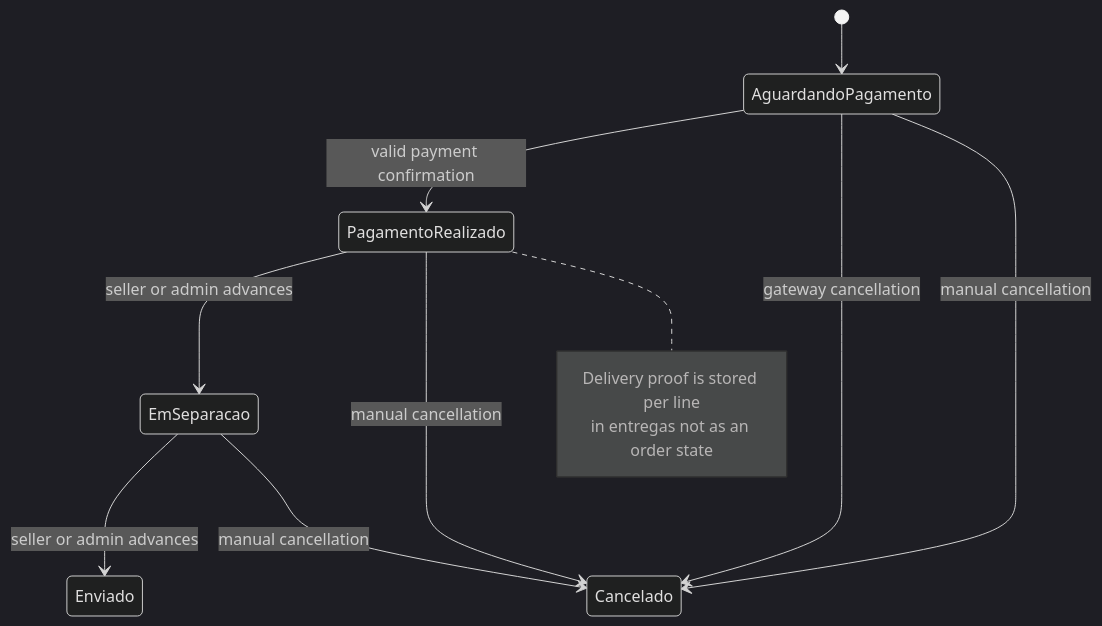
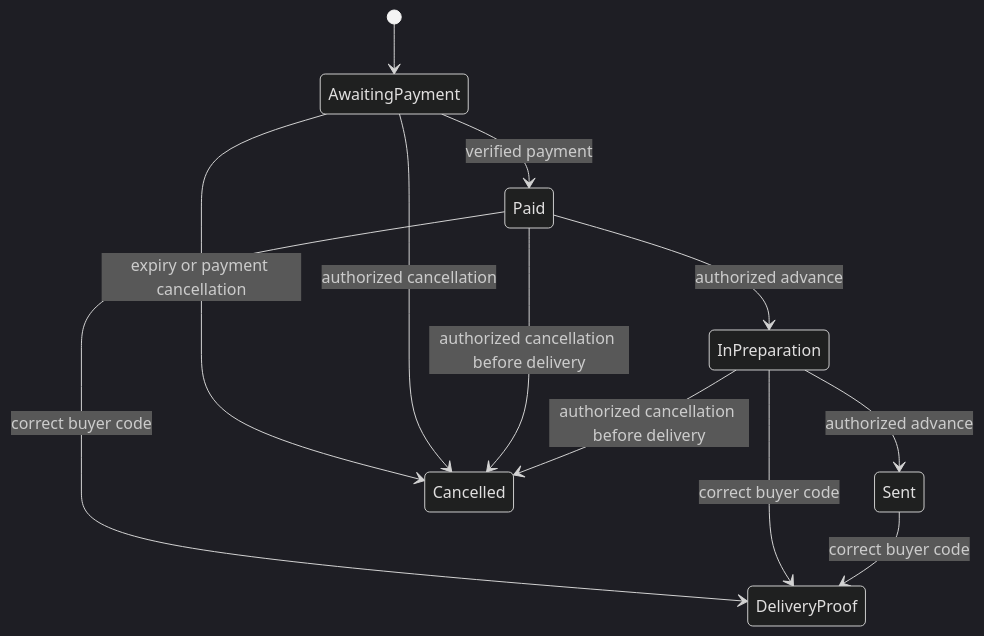
The second of 2 diagrams in openwiki/workflows/checkout-payment-and-order-lifecycle.md (Schneider-Gr/industria24hIA), drawn with Mermaid (dark theme) before and after one commit. The commit also changed other lines of this file and 34 other files, not shown here.

````diff
--- a/openwiki/workflows/checkout-payment-and-order-lifecycle.md
+++ b/openwiki/workflows/checkout-payment-and-order-lifecycle.md
@@ -141,15 +168,14 @@
 ```mermaid
 stateDiagram-v2
-    [*] --> AguardandoPagamento
-    AguardandoPagamento --> PagamentoRealizado: valid payment confirmation
-    PagamentoRealizado --> EmSeparacao: seller or admin advances
-    EmSeparacao --> Enviado: seller or admin advances
-    AguardandoPagamento --> Cancelado: gateway cancellation
-    AguardandoPagamento --> Cancelado: manual cancellation
-    PagamentoRealizado --> Cancelado: manual cancellation
-    EmSeparacao --> Cancelado: manual cancellation
-    note right of PagamentoRealizado
-      Delivery proof is stored per line
-      in entregas not as an order state
-    end note
+    [*] --> AwaitingPayment
+    AwaitingPayment --> Paid: verified payment
+    Paid --> InPreparation: authorized advance
+    InPreparation --> Sent: authorized advance
+    AwaitingPayment --> Cancelled: expiry or payment cancellation
+    AwaitingPayment --> Cancelled: authorized cancellation
+    Paid --> Cancelled: authorized cancellation before delivery
+    InPreparation --> Cancelled: authorized cancellation before delivery
+    Paid --> DeliveryProof: correct buyer code
+    InPreparation --> DeliveryProof: correct buyer code
+    Sent --> DeliveryProof: correct buyer code
 ```
````
